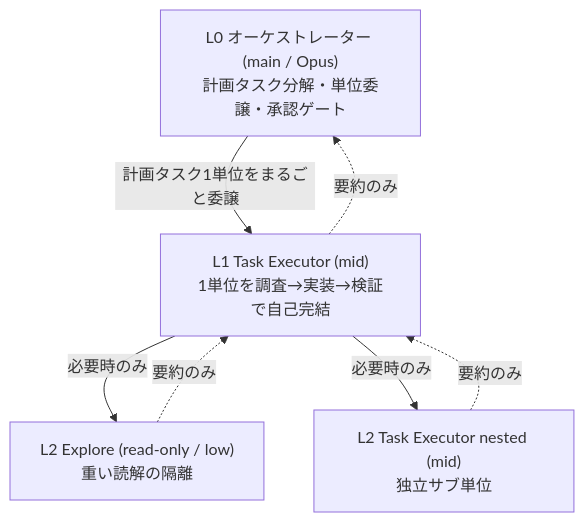
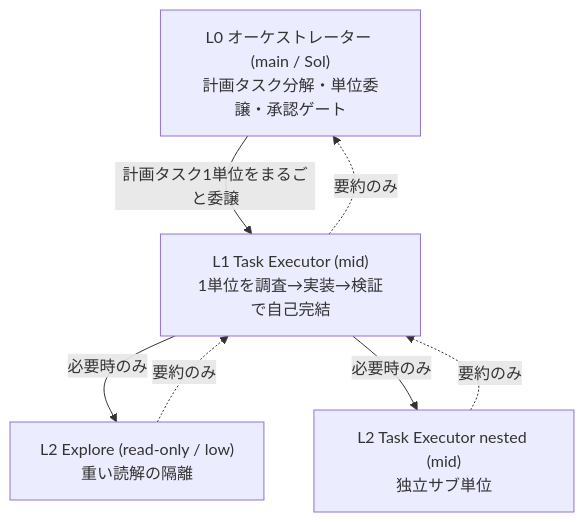
The second of 2 diagrams in .github/agent_design.md (takashiK/TableEngine), drawn with Mermaid before and after one commit. The commit also changed other lines of this file and 13 other files, not shown here.

````diff
--- a/.github/agent_design.md
+++ b/.github/agent_design.md
@@ -30,11 +30,11 @@
 ```mermaid
 graph TD
-    L0["L0 オーケストレーター (main / Opus)<br/>計画タスク分解・単位委譲・承認ゲート"]
+    L0["L0 オーケストレーター (main / Sol)<br/>計画タスク分解・単位委譲・承認ゲート"]
     L1["L1 Task Executor (mid)<br/>1単位を調査→実装→検証で自己完結"]
     L2a["L2 Explore (read-only / low)<br/>重い読解の隔離"]
     L2b["L2 Task Executor nested (mid)<br/>独立サブ単位"]
     L0 -->|計画タスク1単位をまるごと委譲| L1
     L1 -->|必要時のみ| L2a & L2b
     L1 -.->|要約のみ| L0
     L2a & L2b -.->|要約のみ| L1
 ```
````
